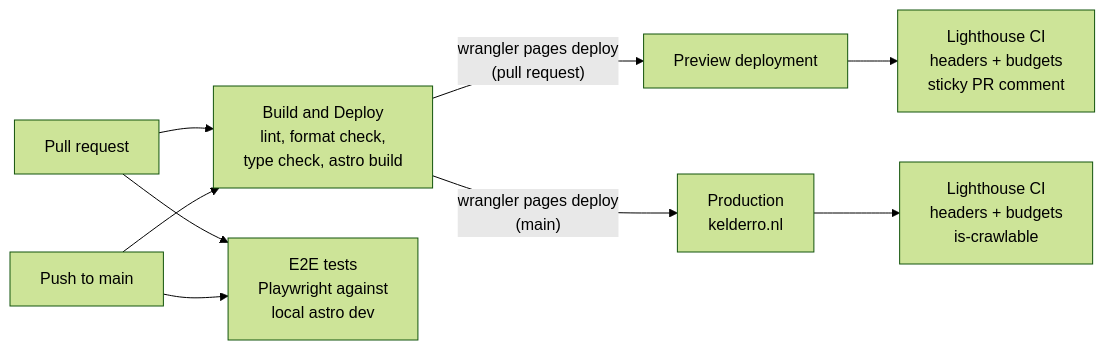
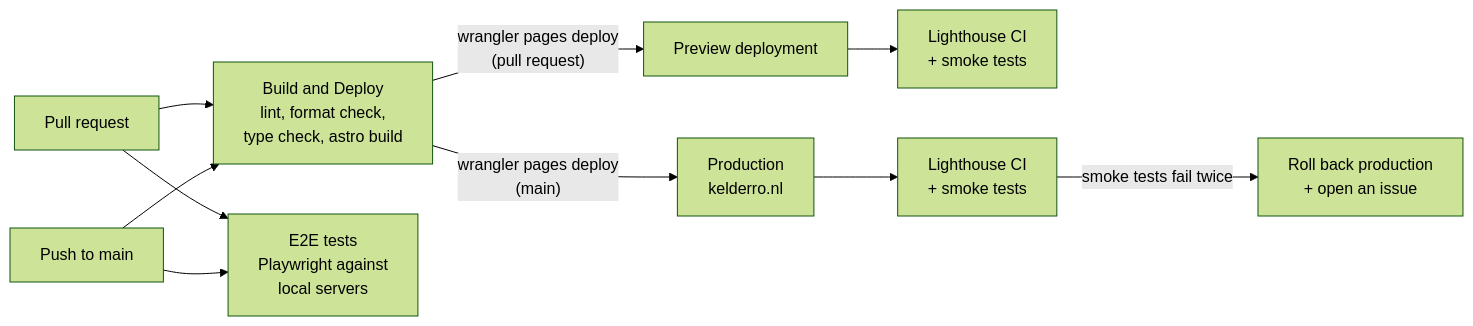
Before and after one commit to Kelderro/kelderro.nl: the diagram in README.md, drawn with Mermaid (forest theme). The commit also changed other lines of this file and 13 other files, not shown here.

First line of the commit message:
feat: smoke-test deployments and roll back production automatically (#199)

````diff
--- a/README.md
+++ b/README.md
@@ -80,13 +84,14 @@
 ```mermaid
 flowchart LR
     pr[Pull request] --> build
     main[Push to main] --> build
     build["Build and Deploy<br/>lint, format check,<br/>type check, astro build"]
-    e2e["E2E tests<br/>Playwright against<br/>local astro dev"]
+    e2e["E2E tests<br/>Playwright against<br/>local servers"]
     pr --> e2e
     main --> e2e
     build -->|"wrangler pages deploy<br/>(pull request)"| preview[Preview deployment]
     build -->|"wrangler pages deploy<br/>(main)"| prod["Production<br/>kelderro.nl"]
-    preview --> lhPreview["Lighthouse CI<br/>headers + budgets<br/>sticky PR comment"]
-    prod --> lhProd["Lighthouse CI<br/>headers + budgets<br/>is-crawlable"]
+    preview --> lhPreview["Lighthouse CI<br/>+ smoke tests"]
+    prod --> lhProd["Lighthouse CI<br/>+ smoke tests"]
+    lhProd -->|"smoke tests fail twice"| rollback["Roll back production<br/>+ open an issue"]
 ```
````
